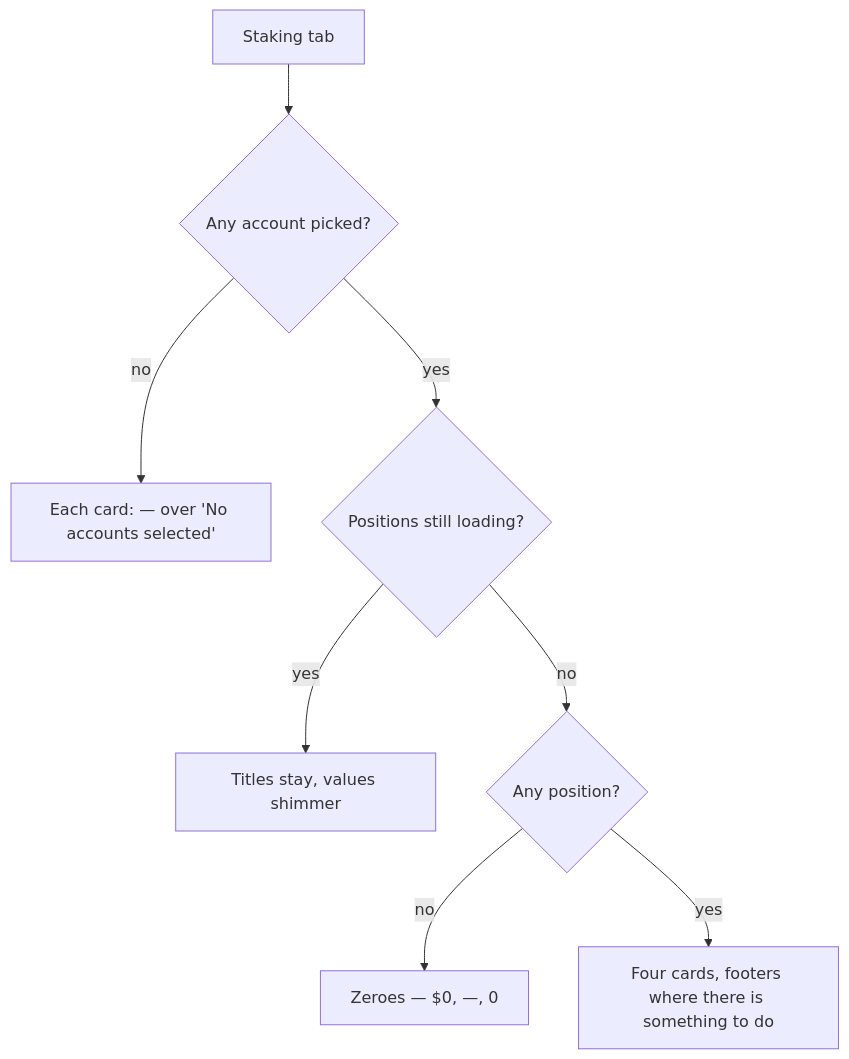
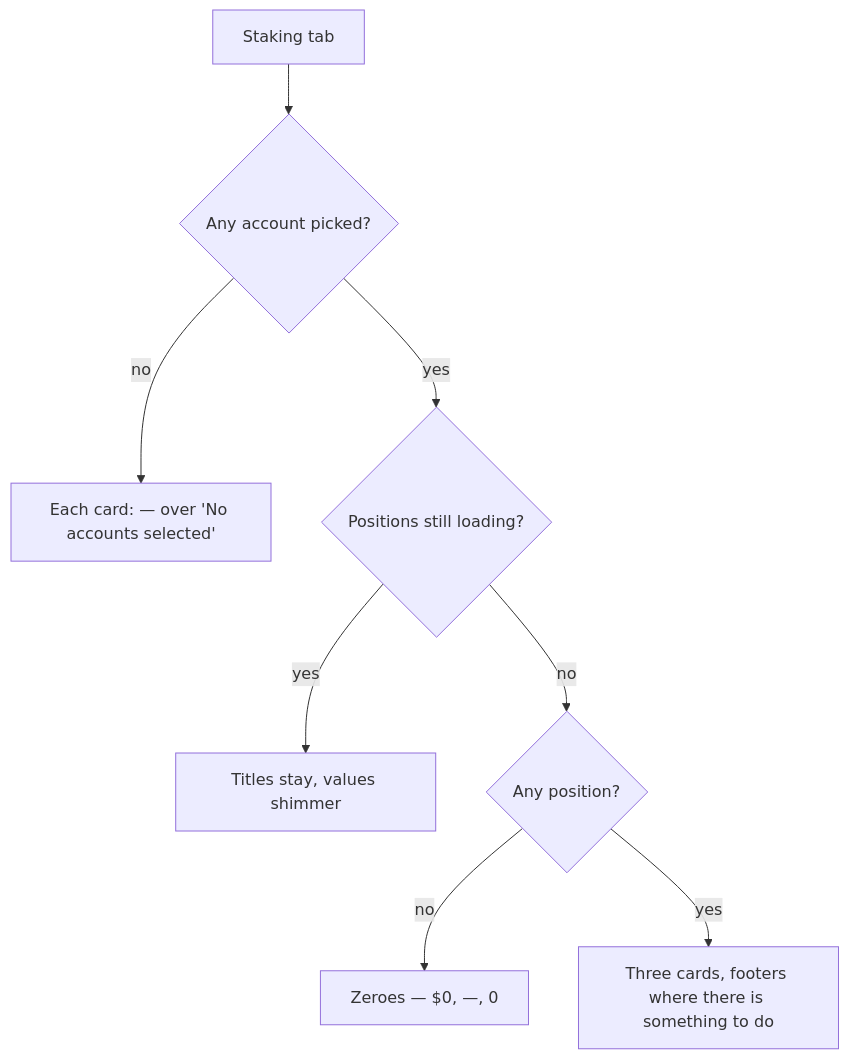
One commit to novasamatech/nova-spektr changed the diagram in src/renderer/features/dashboard-staking-kpi/README.md. Above: the diagram before and after it, drawn with Mermaid. The commit also changed other lines of this file and 61 other files, not shown here.

````diff
--- a/src/renderer/features/dashboard-staking-kpi/README.md
+++ b/src/renderer/features/dashboard-staking-kpi/README.md
@@ -38,10 +40,10 @@
 ```mermaid
 flowchart TD
     START["Staking tab"] --> SEL{"Any account picked?"}
     SEL -- "no" --> NOSEL["Each card: — over 'No accounts selected'"]
     SEL -- "yes" --> LOAD{"Positions still loading?"}
     LOAD -- "yes" --> SKEL["Titles stay, values shimmer"]
     LOAD -- "no" --> EMPTY{"Any position?"}
     EMPTY -- "no" --> ZERO["Zeroes — $0, —, 0"]
-    EMPTY -- "yes" --> DATA["Four cards, footers where there is something to do"]
+    EMPTY -- "yes" --> DATA["Three cards, footers where there is something to do"]
 ```
````
